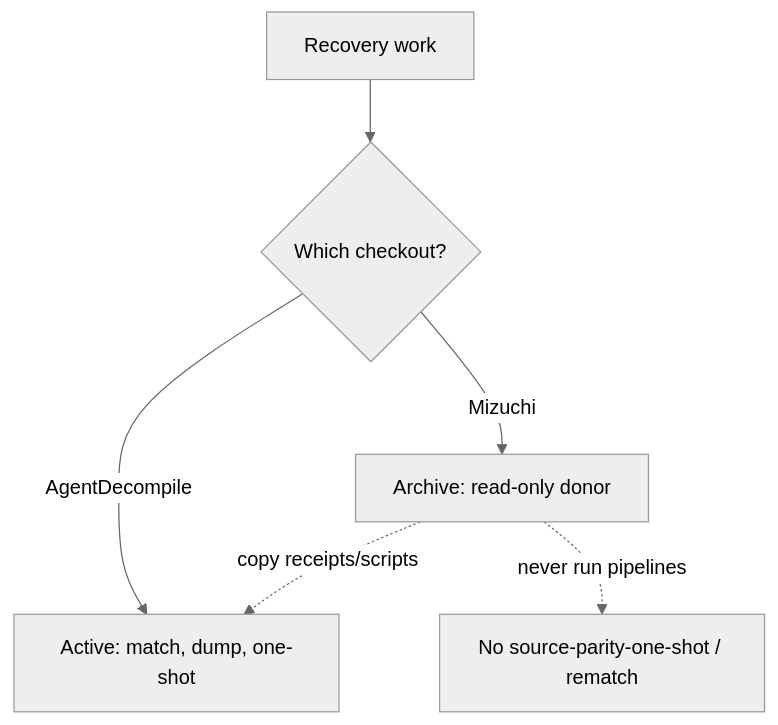
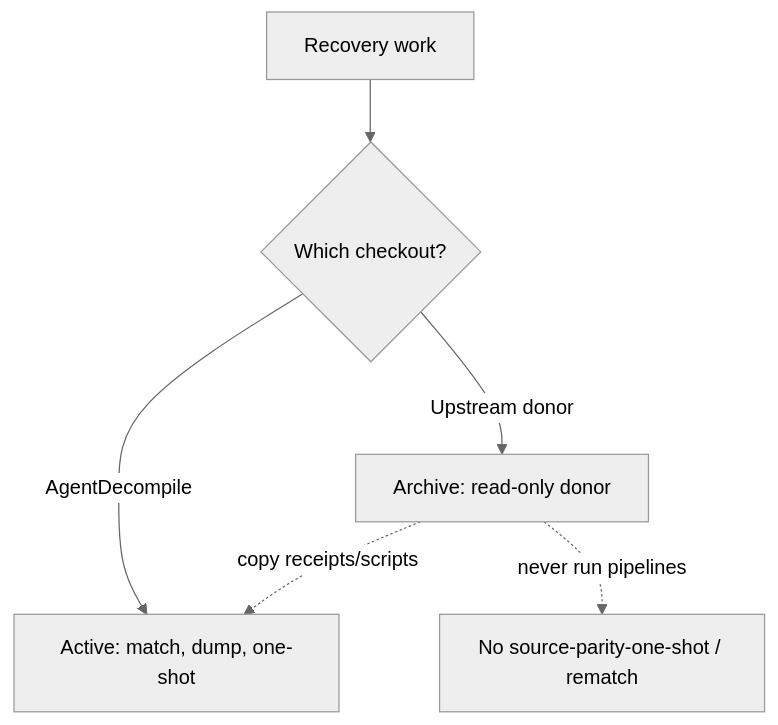
Before and after one commit to bolabaden/AgentDecompile: the diagram in docs/UPSTREAM_DONOR_ARCHIVE.md, drawn with Mermaid (neutral theme). The commit also changed other lines of this file and 6 other files, not shown here.

First line of the commit message:
docs: rename Mizuchi references to upstream donor, move Cursor Cloud docs to src/agentdecompile_cli/CLAUDE.md

````diff
--- a/docs/UPSTREAM_DONOR_ARCHIVE.md
+++ b/docs/UPSTREAM_DONOR_ARCHIVE.md
@@ -5,8 +5,8 @@
 ```mermaid
 flowchart TD
     A[Recovery work] --> B{Which checkout?}
     B -->|AgentDecompile| C[Active: match, dump, one-shot]
-    B -->|Mizuchi| D[Archive: read-only donor]
+    B -->|Upstream donor| D[Archive: read-only donor]
     D -.->|copy receipts/scripts| C
     D -.->|never run pipelines| X[No source-parity-one-shot / rematch]
 ```
````
